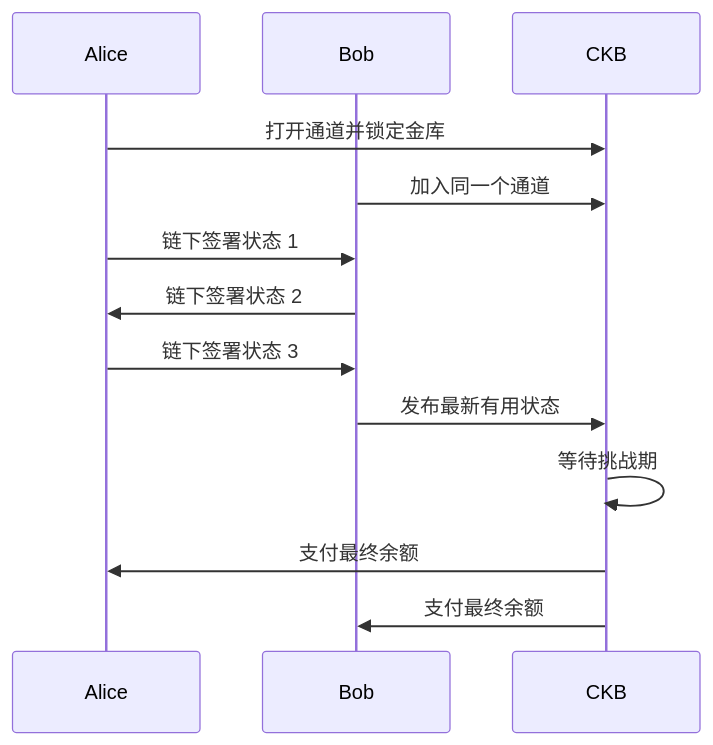
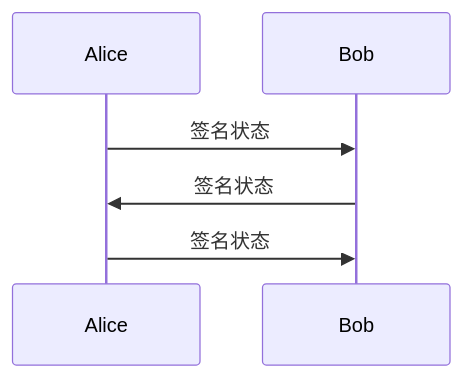
The second of 7 diagrams in docs/morph-channel-tutorial.zh.md (a19q3/Morph), drawn with Mermaid before and after one commit. The commit also changed other lines of this file and 6 other files, not shown here.

Commit message:
Rewrite guides with visual protocol flows

````diff
--- a/docs/morph-channel-tutorial.zh.md
+++ b/docs/morph-channel-tutorial.zh.md
@@ -67,16 +49,8 @@
 ```mermaid
 sequenceDiagram
-  participant Alice
-  participant Bob
-  participant CKB
-
-  Alice->>CKB: 打开通道并锁定金库
-  Bob->>CKB: 加入同一个通道
-  Alice->>Bob: 链下签署状态 1
-  Bob->>Alice: 链下签署状态 2
-  Alice->>Bob: 链下签署状态 3
-  Bob->>CKB: 发布最新有用状态
-  CKB->>CKB: 等待挑战期
-  CKB->>Alice: 支付最终余额
-  CKB->>Bob: 支付最终余额
+    participant A as Alice
+    participant B as Bob
+    A->>B: 签名状态 #1
+    B->>A: 签名状态 #2
+    A->>B: 签名状态 #3
 ```
````
